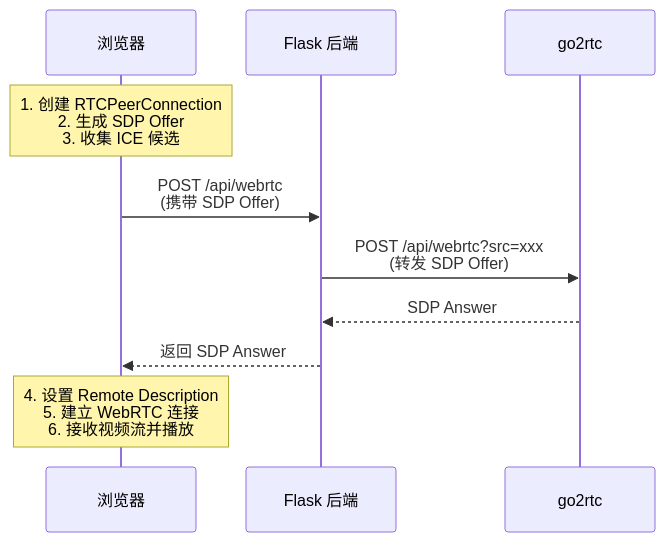
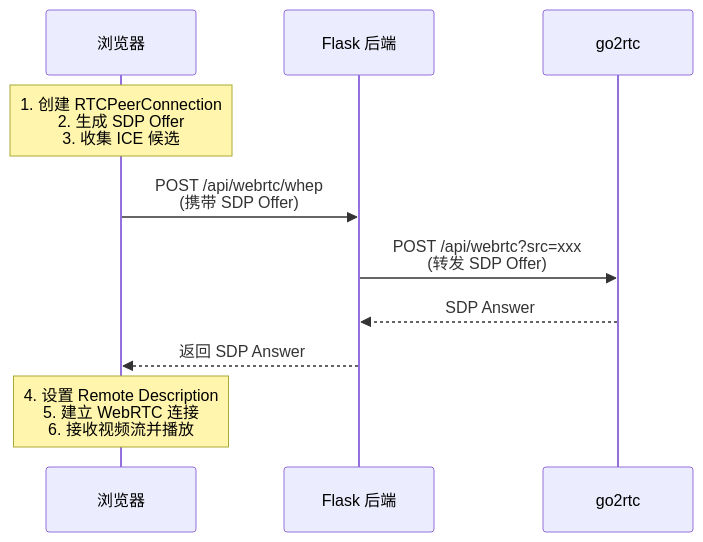
One commit to berserkduck/flask_go2rtc changed the diagram in README.md. Above: the diagram before and after it, drawn with Mermaid. The commit also changed other lines of this file, not shown here.

````diff
--- a/README.md
+++ b/README.md
@@ -123,16 +123,16 @@
 ```mermaid
 sequenceDiagram
     participant Browser as 浏览器
     participant Flask as Flask 后端
     participant Go2rtc as go2rtc
 
     Note over Browser: 1. 创建 RTCPeerConnection<br/>2. 生成 SDP Offer<br/>3. 收集 ICE 候选
 
-    Browser->>Flask: POST /api/webrtc<br/>(携带 SDP Offer)
+    Browser->>Flask: POST /api/webrtc/whep<br/>(携带 SDP Offer)
     Flask->>Go2rtc: POST /api/webrtc?src=xxx<br/>(转发 SDP Offer)
     Go2rtc-->>Flask: SDP Answer
     Flask-->>Browser: 返回 SDP Answer
 
     Note over Browser: 4. 设置 Remote Description<br/>5. 建立 WebRTC 连接<br/>6. 接收视频流并播放
 
 ```
````
